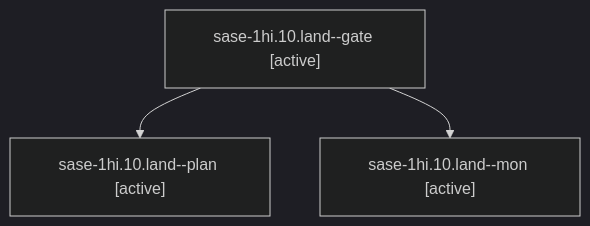
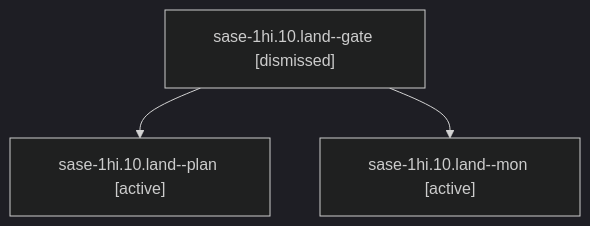
The diagram in sessions/bbugyi200.apollo.sase-1hi.10.land.md (sase-org/sase--agents), drawn with Mermaid (dark theme) before and after one commit. The commit also changed other lines of this file and 259 other files, not shown here.

````diff
--- a/sessions/bbugyi200.apollo.sase-1hi.10.land.md
+++ b/sessions/bbugyi200.apollo.sase-1hi.10.land.md
@@ -9,8 +9,8 @@
 ```mermaid
 flowchart TD
-  n0["sase-1hi.10.land--gate [active]"]
+  n0["sase-1hi.10.land--gate [dismissed]"]
   n1["sase-1hi.10.land--plan [active]"]
   n0 --> n1
   n2["sase-1hi.10.land--mon [active]"]
   n0 --> n2
 ```
````
